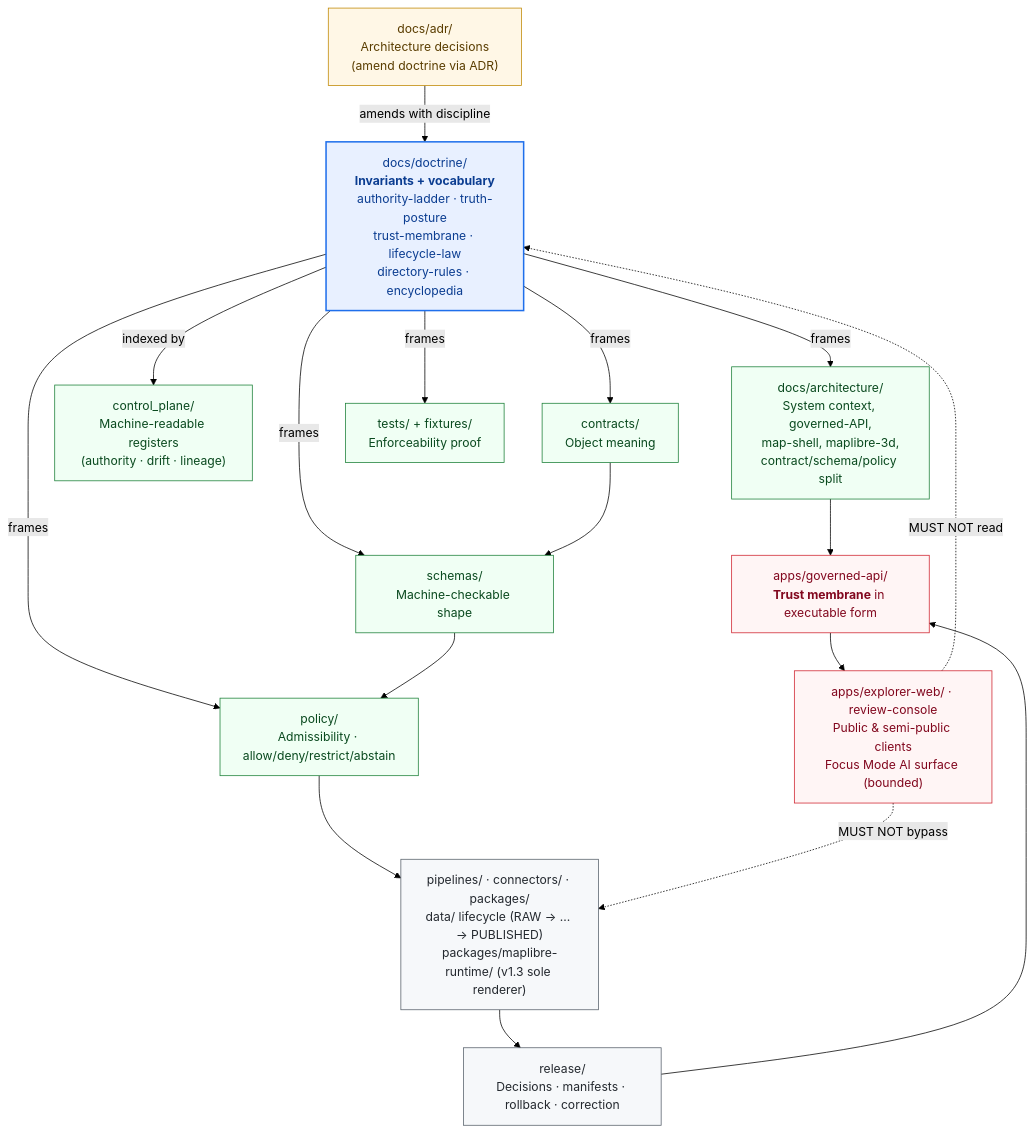
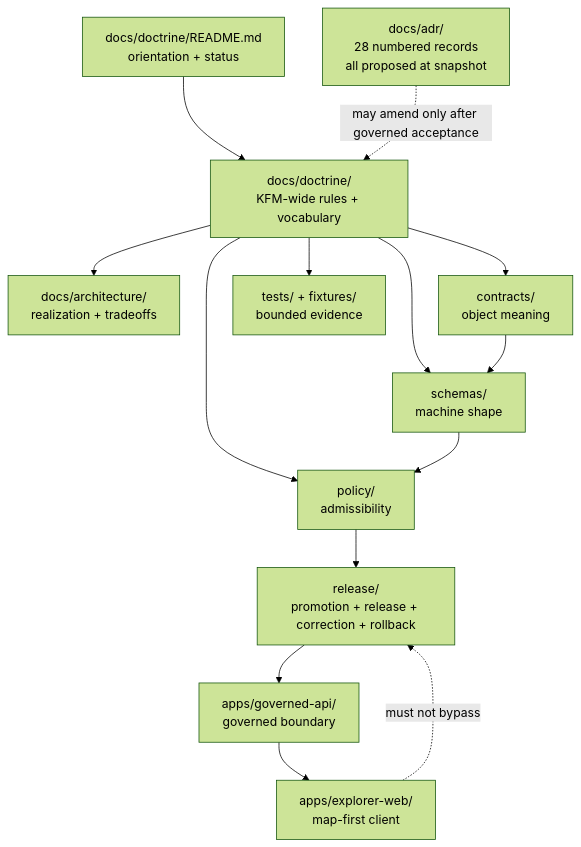
The diagram in docs/doctrine/README.md (bartytime4life/Kansas-Frontier-Matrix), drawn with Mermaid (forest theme) before and after one commit. The commit also changed other lines of this file, not shown here.

Commit message:
docs(doctrine): modernize doctrine landing page

````diff
--- a/docs/doctrine/README.md
+++ b/docs/doctrine/README.md
@@ -244,42 +287,16 @@
 ```mermaid
 flowchart TD
-  classDef doctrine fill:#e8f0ff,stroke:#1f6feb,color:#0b3d91,stroke-width:2px;
-  classDef adr fill:#fff7e6,stroke:#bf8700,color:#5a3d00;
-  classDef govern fill:#f0fff4,stroke:#1a7f37,color:#0a4a1f;
-  classDef impl fill:#f6f8fa,stroke:#57606a,color:#24292f;
-  classDef public fill:#fff5f5,stroke:#cf222e,color:#82071e;
-
-  D["docs/doctrine/<br/><b>Invariants + vocabulary</b><br/>authority-ladder · truth-posture<br/>trust-membrane · lifecycle-law<br/>directory-rules · encyclopedia"]:::doctrine
-
-  ADR["docs/adr/<br/>Architecture decisions<br/>(amend doctrine via ADR)"]:::adr
-  ARCH["docs/architecture/<br/>System context, governed-API,<br/>map-shell, maplibre-3d,<br/>contract/schema/policy split"]:::govern
-  CP["control_plane/<br/>Machine-readable registers<br/>(authority · drift · lineage)"]:::govern
-  C["contracts/<br/>Object meaning"]:::govern
-  S["schemas/<br/>Machine-checkable shape"]:::govern
-  P["policy/<br/>Admissibility · allow/deny/restrict/abstain"]:::govern
-  T["tests/ + fixtures/<br/>Enforceability proof"]:::govern
-
-  PIPE["pipelines/ · connectors/ · packages/<br/>data/ lifecycle (RAW → … → PUBLISHED)<br/>packages/maplibre-runtime/ (v1.3 sole renderer)"]:::impl
-  REL["release/<br/>Decisions · manifests · rollback · correction"]:::impl
-  API["apps/governed-api/<br/><b>Trust membrane</b> in executable form"]:::public
-  UI["apps/explorer-web/ · review-console<br/>Public &amp; semi-public clients<br/>Focus Mode AI surface (bounded)"]:::public
-
-  D -- "frames"      --> ARCH
-  D -- "frames"      --> C
-  D -- "frames"      --> S
-  D -- "frames"      --> P
-  D -- "frames"      --> T
-  D -- "indexed by"  --> CP
-  ADR -- "amends with discipline" --> D
-
-  ARCH --> API
-  C --> S
-  S --> P
-  P --> PIPE
-  PIPE --> REL
-  REL --> API
-  API --> UI
-
-  UI -. "MUST NOT bypass" .-> PIPE
-  UI -. "MUST NOT read" .-> D
+    README["docs/doctrine/README.md<br/>orientation + status"] --> DOCTRINE["docs/doctrine/<br/>KFM-wide rules + vocabulary"]
+    ADR["docs/adr/<br/>28 numbered records<br/>all proposed at snapshot"] -. "may amend only after governed acceptance" .-> DOCTRINE
+    DOCTRINE --> ARCH["docs/architecture/<br/>realization + tradeoffs"]
+    DOCTRINE --> CONTRACTS["contracts/<br/>object meaning"]
+    DOCTRINE --> SCHEMAS["schemas/<br/>machine shape"]
+    DOCTRINE --> POLICY["policy/<br/>admissibility"]
+    DOCTRINE --> TESTS["tests/ + fixtures/<br/>bounded evidence"]
+    CONTRACTS --> SCHEMAS
+    SCHEMAS --> POLICY
+    POLICY --> RELEASE["release/<br/>promotion + release + correction + rollback"]
+    RELEASE --> API["apps/governed-api/<br/>governed boundary"]
+    API --> UI["apps/explorer-web/<br/>map-first client"]
+    UI -. "must not bypass" .-> RELEASE
 ```
````
